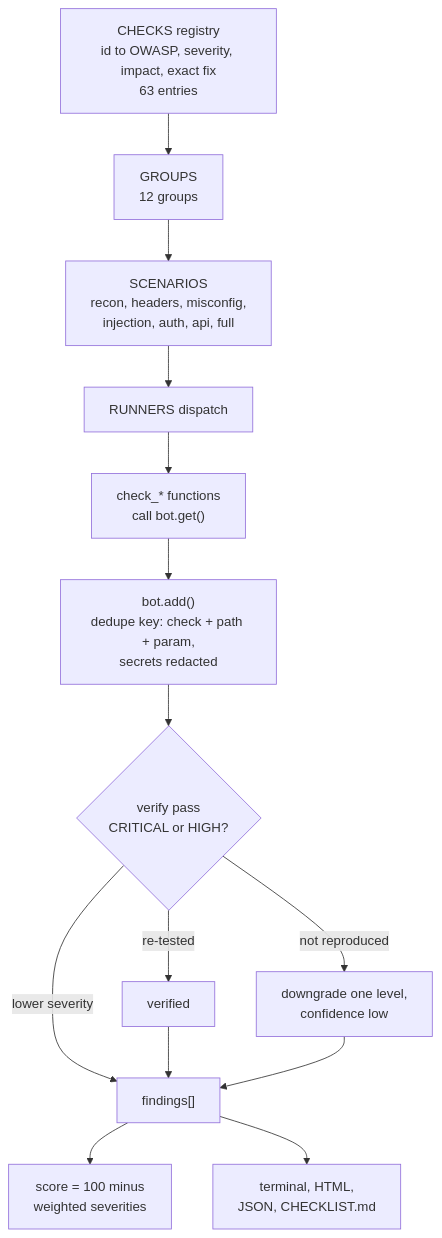
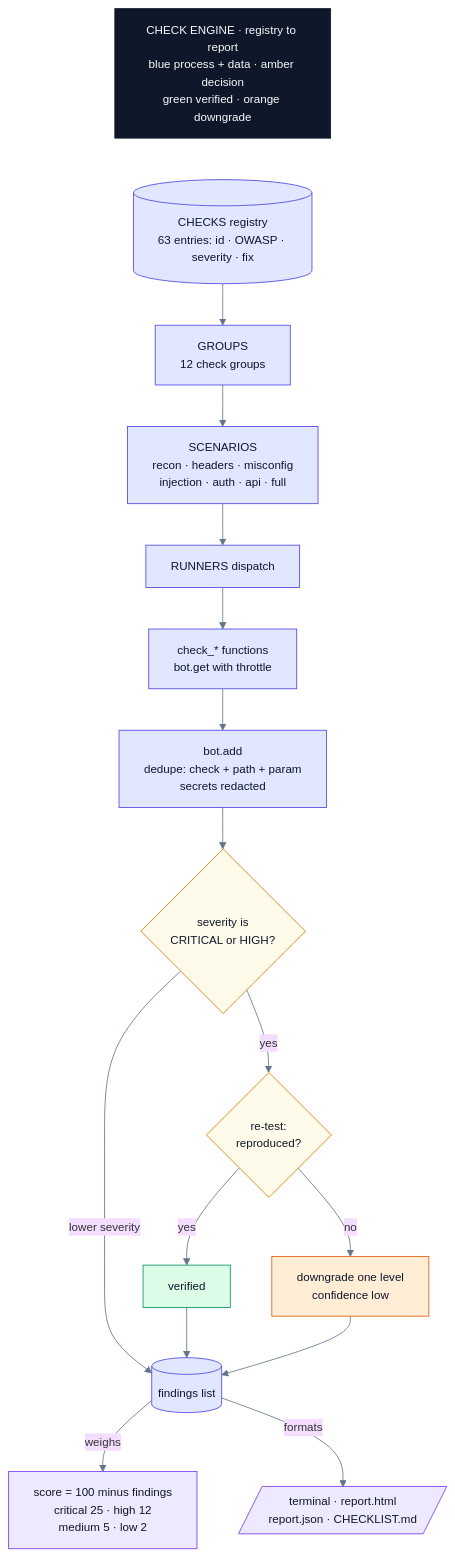
One commit to pixie-chan/redqueen changed the fourth of 6 diagrams in docs/ARCHITECTURE.md. Above: the diagram before and after it, drawn with Mermaid. The commit also changed other lines of this file and 13 other files, not shown here.

Commit message:
redesign all 6 architecture diagrams: design system, title+legend chips, labeled edges, balanced layouts

````diff
--- a/docs/ARCHITECTURE.md
+++ b/docs/ARCHITECTURE.md
@@ -73,16 +127,31 @@
 ```mermaid
+%%{init: {"theme":"base","themeVariables":{"fontFamily":"DejaVu Sans, Helvetica, sans-serif","fontSize":"14px","lineColor":"#64748b","clusterBkg":"#f8fafc","clusterBorder":"#cbd5e1"}}}%%
 flowchart TD
-    R["CHECKS registry<br/>id to OWASP, severity, impact, exact fix<br/>63 entries"] --> G["GROUPS<br/>12 groups"]
-    G --> SC["SCENARIOS<br/>recon, headers, misconfig,<br/>injection, auth, api, full"]
-    SC --> RN["RUNNERS dispatch"]
-    RN --> F1["check_* functions<br/>call bot.get()"]
-    F1 --> AD["bot.add()<br/>dedupe key: check + path + param,<br/>secrets redacted"]
-    AD --> VF{"verify pass<br/>CRITICAL or HIGH?"}
-    VF -- "re-tested" --> OK["verified"]
-    VF -- "not reproduced" --> DN["downgrade one level,<br/>confidence low"]
-    VF -- "lower severity" --> F2["findings[]"]
+    T["CHECK ENGINE · registry to report<br/>blue process + data · amber decision<br/>green verified · orange downgrade"]:::title ~~~ R[("CHECKS registry<br/>63 entries: id · OWASP · severity · fix")]:::engine
+    R --> G["GROUPS<br/>12 check groups"]:::engine
+    G --> SC["SCENARIOS<br/>recon · headers · misconfig<br/>injection · auth · api · full"]:::engine
+    SC --> RN["RUNNERS dispatch"]:::engine
+    RN --> F1["check_* functions<br/>bot.get with throttle"]:::engine
+    F1 --> AD["bot.add<br/>dedupe: check + path + param<br/>secrets redacted"]:::engine
+    AD --> V{"severity is<br/>CRITICAL or HIGH?"}:::gate
+    V -->|"lower severity"| F2[("findings list")]:::engine
+    V -->|yes| VER{"re-test:<br/>reproduced?"}:::gate
+    VER -->|yes| OK["verified"]:::good
+    VER -->|no| DN["downgrade one level<br/>confidence low"]:::warn
     OK --> F2
     DN --> F2
-    F2 --> SC2["score = 100 minus<br/>weighted severities"]
-    F2 --> O["terminal, HTML,<br/>JSON, CHECKLIST.md"]
+    F2 -->|weighs| SC2["score = 100 minus findings<br/>critical 25 · high 12<br/>medium 5 · low 2"]:::out
+    F2 -->|formats| O[/"terminal · report.html<br/>report.json · CHECKLIST.md"/]:::out
+
+    classDef title fill:#0f172a,stroke:#0f172a,color:#f8fafc
+    classDef cli fill:#e0f2fe,stroke:#0284c7,color:#0f172a
+    classDef engine fill:#e0e7ff,stroke:#4f46e5,color:#0f172a
+    classDef gate fill:#fffbeb,stroke:#d97706,color:#0f172a
+    classDef good fill:#dcfce7,stroke:#059669,color:#0f172a
+    classDef bad fill:#ffe4e6,stroke:#e11d48,color:#0f172a
+    classDef warn fill:#ffedd5,stroke:#ea580c,color:#0f172a
+    classDef out fill:#ede9fe,stroke:#7c3aed,color:#0f172a
+    classDef neutral fill:#f1f5f9,stroke:#64748b,color:#0f172a
+    classDef ext fill:#cffafe,stroke:#0891b2,color:#0f172a
+    classDef forbidden fill:#ffe4e6,stroke:#e11d48,color:#0f172a,stroke-dasharray:6 4
 ```
````
